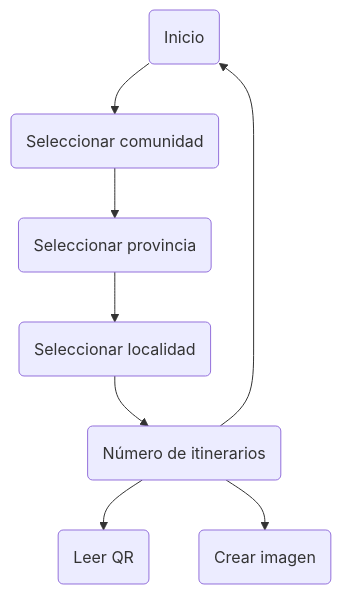
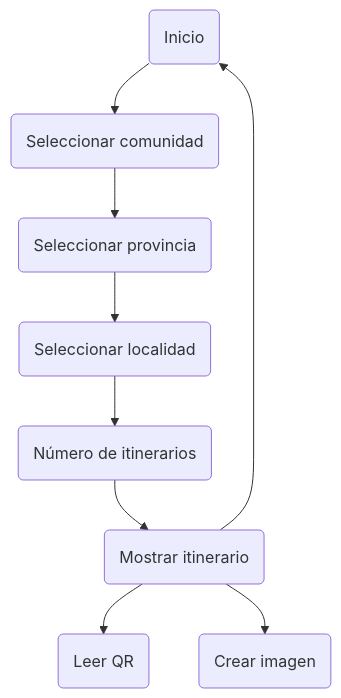
The diagram in README.md (juancmacias/consumo_API), drawn with Mermaid before and after one commit.

````diff
--- a/README.md
+++ b/README.md
@@ -48,8 +48,9 @@
 ```mermaid
 graph TD;
     A(Inicio)-->B(Seleccionar comunidad)-->C(Seleccionar provincia)-->D(Seleccionar localidad);
     D-->E(Número de itinerarios);
-    E-->A;
-    E-->F(Leer QR);
-    E-->G(Crear imagen);
+    E-->F(Mostrar itinerario);
+    F-->A;
+    F-->G(Leer QR);
+    F-->H(Crear imagen);
 ```
````
